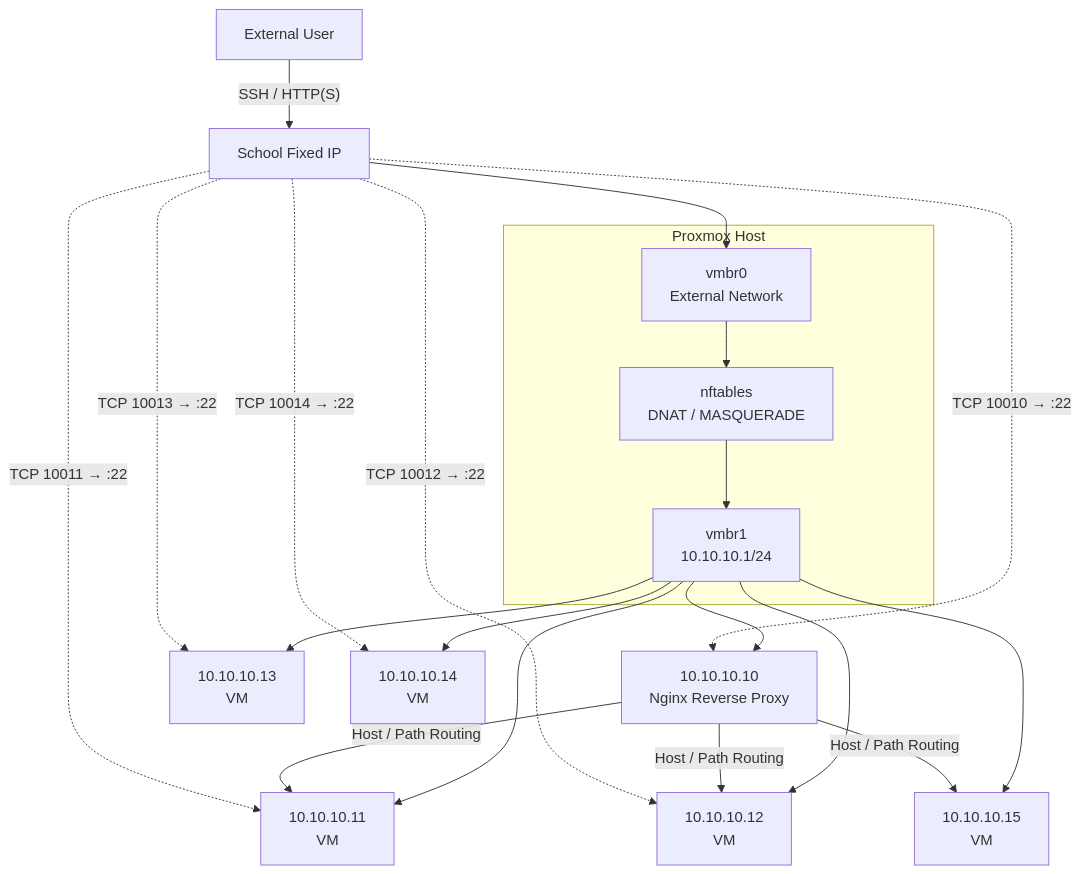
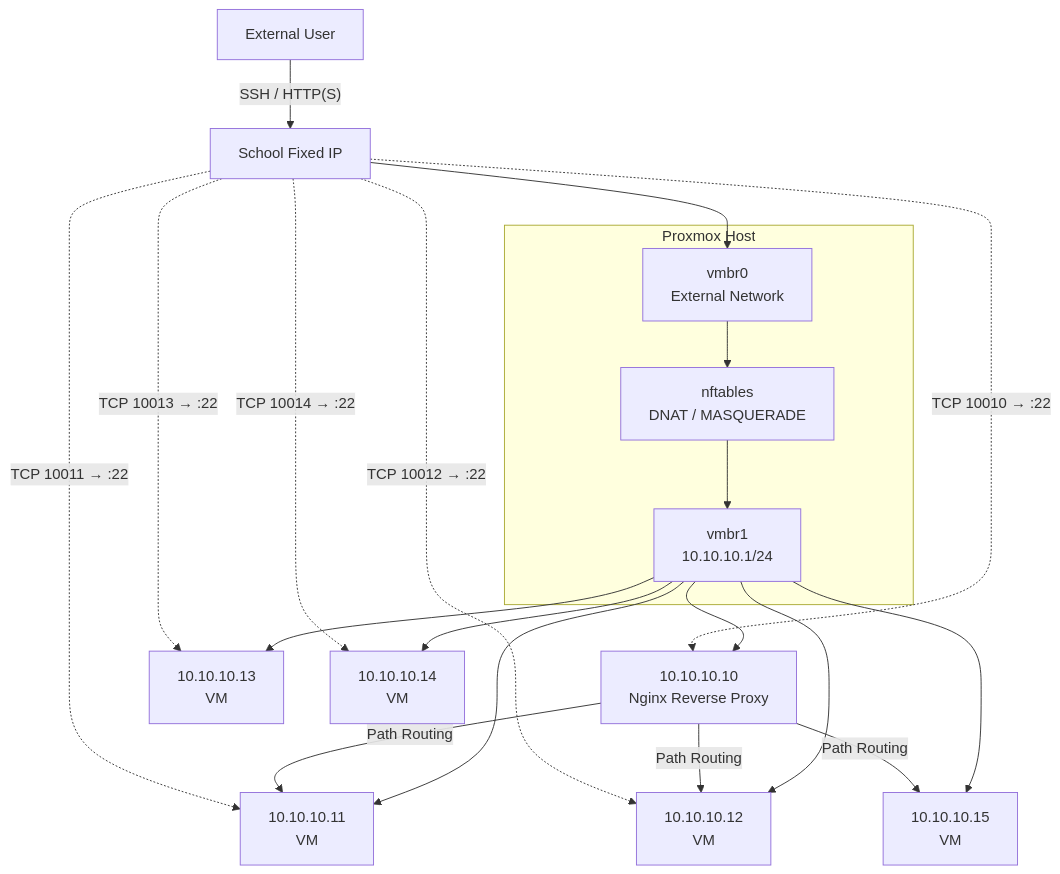
One commit to OPCIO0568/proxmox-networking-lab changed the diagram in README.md. Above: the diagram before and after it, drawn with Mermaid. The commit also changed other lines of this file, not shown here.

Commit message:
Clarify single-IP constraint and DuckDNS path routing

````diff
--- a/README.md
+++ b/README.md
@@ -29,30 +31,30 @@
 ```mermaid
 flowchart TB
     U["External User"] -->|"SSH / HTTP(S)"| PUB["School Fixed IP"]
 
     subgraph PVE["Proxmox Host"]
         B0["vmbr0<br/>External Network"]
         NAT["nftables<br/>DNAT / MASQUERADE"]
         B1["vmbr1<br/>10.10.10.1/24"]
         B0 --> NAT --> B1
     end
 
     PUB --> B0
 
     B1 --> RP["10.10.10.10<br/>Nginx Reverse Proxy"]
     B1 --> VM11["10.10.10.11<br/>VM"]
     B1 --> VM12["10.10.10.12<br/>VM"]
     B1 --> VM13["10.10.10.13<br/>VM"]
     B1 --> VM14["10.10.10.14<br/>VM"]
     B1 --> VM15["10.10.10.15<br/>VM"]
 
-    RP -->|"Host / Path Routing"| VM11
-    RP -->|"Host / Path Routing"| VM12
-    RP -->|"Host / Path Routing"| VM15
+    RP -->|"Path Routing"| VM11
+    RP -->|"Path Routing"| VM12
+    RP -->|"Path Routing"| VM15
 
     PUB -. "TCP 10010 → :22" .-> RP
     PUB -. "TCP 10011 → :22" .-> VM11
     PUB -. "TCP 10012 → :22" .-> VM12
     PUB -. "TCP 10013 → :22" .-> VM13
     PUB -. "TCP 10014 → :22" .-> VM14
 ```
````
